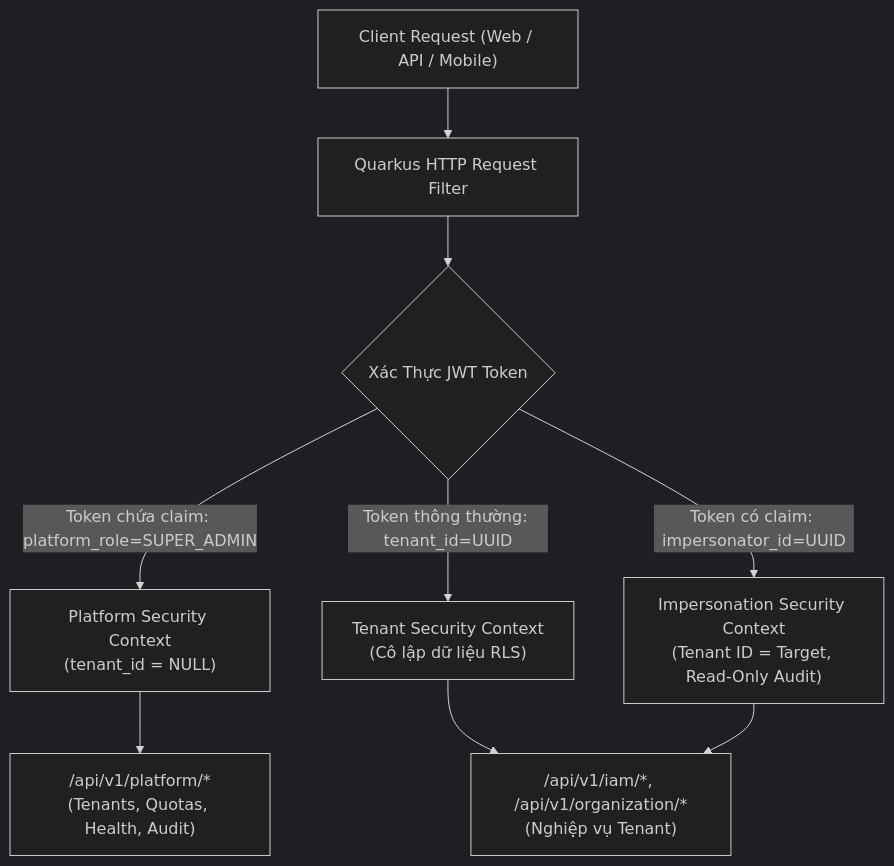
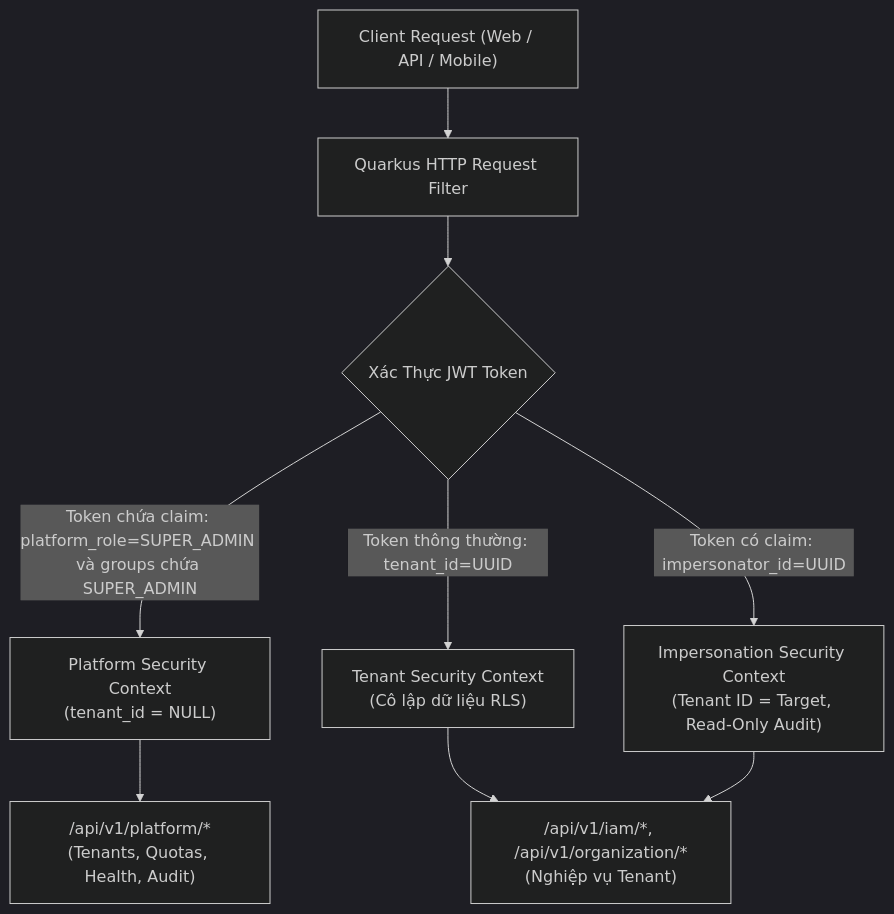
The first of 2 diagrams in docs/sprints/sprint_02_superadmin_rbac/05_solutions/SOL-01_superadmin_architecture_and_security.md (min3rd/open-erp), drawn with Mermaid (dark theme) before and after one commit. The commit also changed other lines of this file and 68 other files, not shown here.

````diff
--- a/docs/sprints/sprint_02_superadmin_rbac/05_solutions/SOL-01_superadmin_architecture_and_security.md
+++ b/docs/sprints/sprint_02_superadmin_rbac/05_solutions/SOL-01_superadmin_architecture_and_security.md
@@ -14,13 +14,13 @@
 ```mermaid
 graph TD
     Client["Client Request (Web / API / Mobile)"] --> Gateway["Quarkus HTTP Request Filter"]
     
     Gateway --> CheckAuth{Xác Thực JWT Token}
-    CheckAuth -->|Token chứa claim: platform_role=SUPER_ADMIN| PlatformContext["Platform Security Context\n(tenant_id = NULL)"]
+    CheckAuth -->|Token chứa claim: platform_role=SUPER_ADMIN và groups chứa SUPER_ADMIN| PlatformContext["Platform Security Context\n(tenant_id = NULL)"]
     CheckAuth -->|Token thông thường: tenant_id=UUID| TenantContext["Tenant Security Context\n(Cô lập dữ liệu RLS)"]
     CheckAuth -->|Token có claim: impersonator_id=UUID| ImpersonationContext["Impersonation Security Context\n(Tenant ID = Target, Read-Only Audit)"]
 
     PlatformContext --> PlatformAPIs["/api/v1/platform/*\n(Tenants, Quotas, Health, Audit)"]
     TenantContext --> BusinessAPIs["/api/v1/iam/*, /api/v1/organization/*\n(Nghiệp vụ Tenant)"]
     ImpersonationContext --> BusinessAPIs
 ```
````
